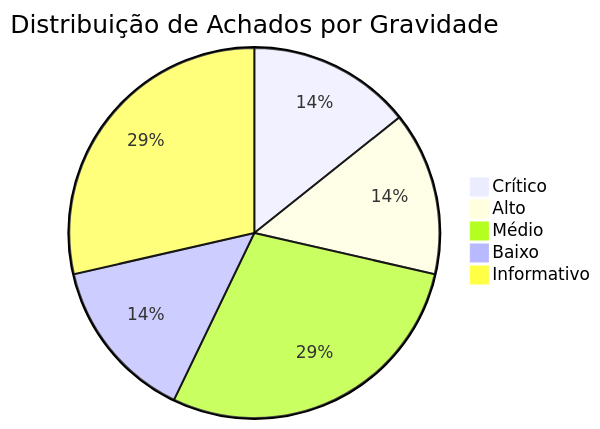
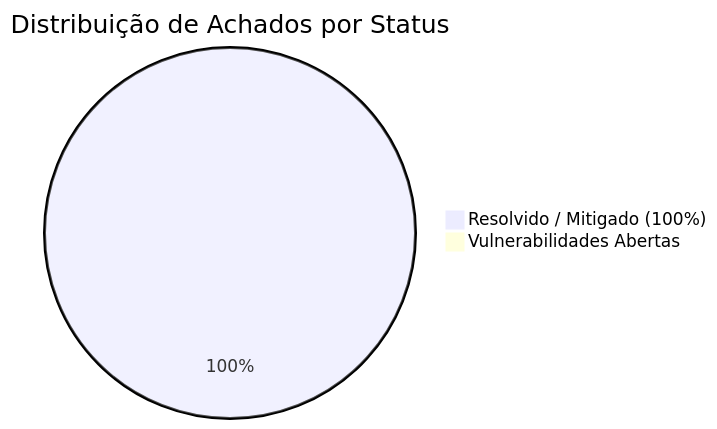
The diagram in scratch/cloudflare_security_report.md (DanEdtechcps/triagempsi), drawn with Mermaid before and after one commit. The commit also changed other lines of this file and 9 other files, not shown here.

````diff
--- a/scratch/cloudflare_security_report.md
+++ b/scratch/cloudflare_security_report.md
@@ -19,8 +22,5 @@
 ```mermaid
-pie title Distribuição de Achados por Gravidade
-    "Crítico" : 1
-    "Alto" : 1
-    "Médio" : 2
-    "Baixo" : 1
-    "Informativo" : 2
+pie title Distribuição de Achados por Status
+    "Resolvido / Mitigado (100%)" : 7
+    "Vulnerabilidades Abertas" : 0
 ```
````
